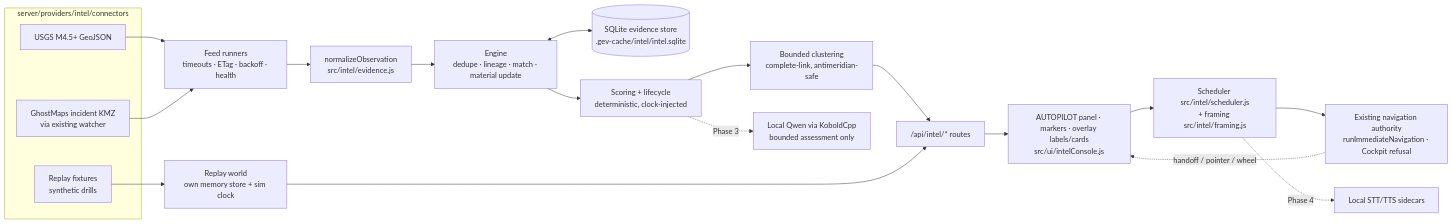
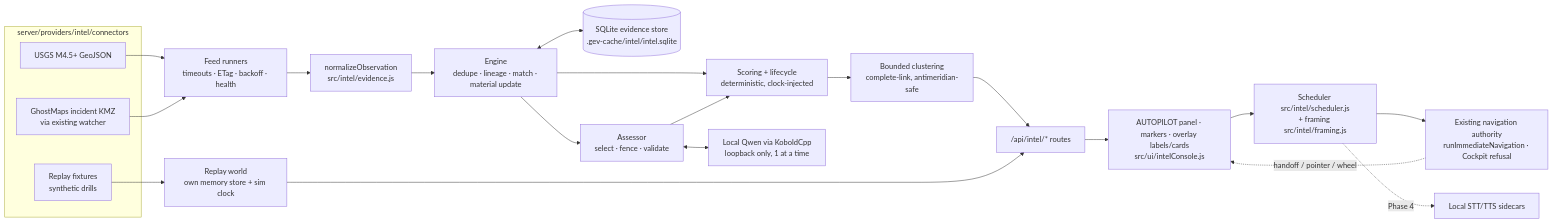
The diagram in docs/EARLY-WARNING.md (Agent-Cognitive-Enterprise/gods-eye-view), drawn with Mermaid before and after one commit. The commit also changed other lines of this file and 1 other file, not shown here.

Commit message:
Document Phase 3; keep the Autopilot QA gate deterministic

````diff
--- a/docs/EARLY-WARNING.md
+++ b/docs/EARLY-WARNING.md
@@ -16,23 +16,25 @@
 ```mermaid
 flowchart LR
   subgraph Feeds["server/providers/intel/connectors"]
     U[USGS M4.5+ GeoJSON]
     G[GhostMaps incident KMZ<br/>via existing watcher]
     R[Replay fixtures<br/>synthetic drills]
   end
   U & G --> FR[Feed runners<br/>timeouts · ETag · backoff · health]
   FR --> N[normalizeObservation<br/>src/intel/evidence.js]
   R --> RW[Replay world<br/>own memory store + sim clock]
   N --> E[Engine<br/>dedupe · lineage · match · material update]
   E <--> S[(SQLite evidence store<br/>.gev-cache/intel/intel.sqlite)]
   E --> SC[Scoring + lifecycle<br/>deterministic, clock-injected]
   SC --> C[Bounded clustering<br/>complete-link, antimeridian-safe]
   C --> API["/api/intel/* routes"]
   RW --> API
   API --> UI[AUTOPILOT panel · markers · overlay labels/cards<br/>src/ui/intelConsole.js]
   UI --> AP[Scheduler src/intel/scheduler.js<br/>+ framing src/intel/framing.js]
   AP --> NAV[Existing navigation authority<br/>runImmediateNavigation · Cockpit refusal]
   NAV -. handoff / pointer / wheel .-> UI
-  SC -. Phase 3 .-> Q[Local Qwen via KoboldCpp<br/>bounded assessment only]
+  E --> AS[Assessor<br/>select · fence · validate]
+  AS <--> Q[Local Qwen via KoboldCpp<br/>loopback only, 1 at a time]
+  AS --> SC
   AP -. Phase 4 .-> V[Local STT/TTS sidecars]
 ```
````
